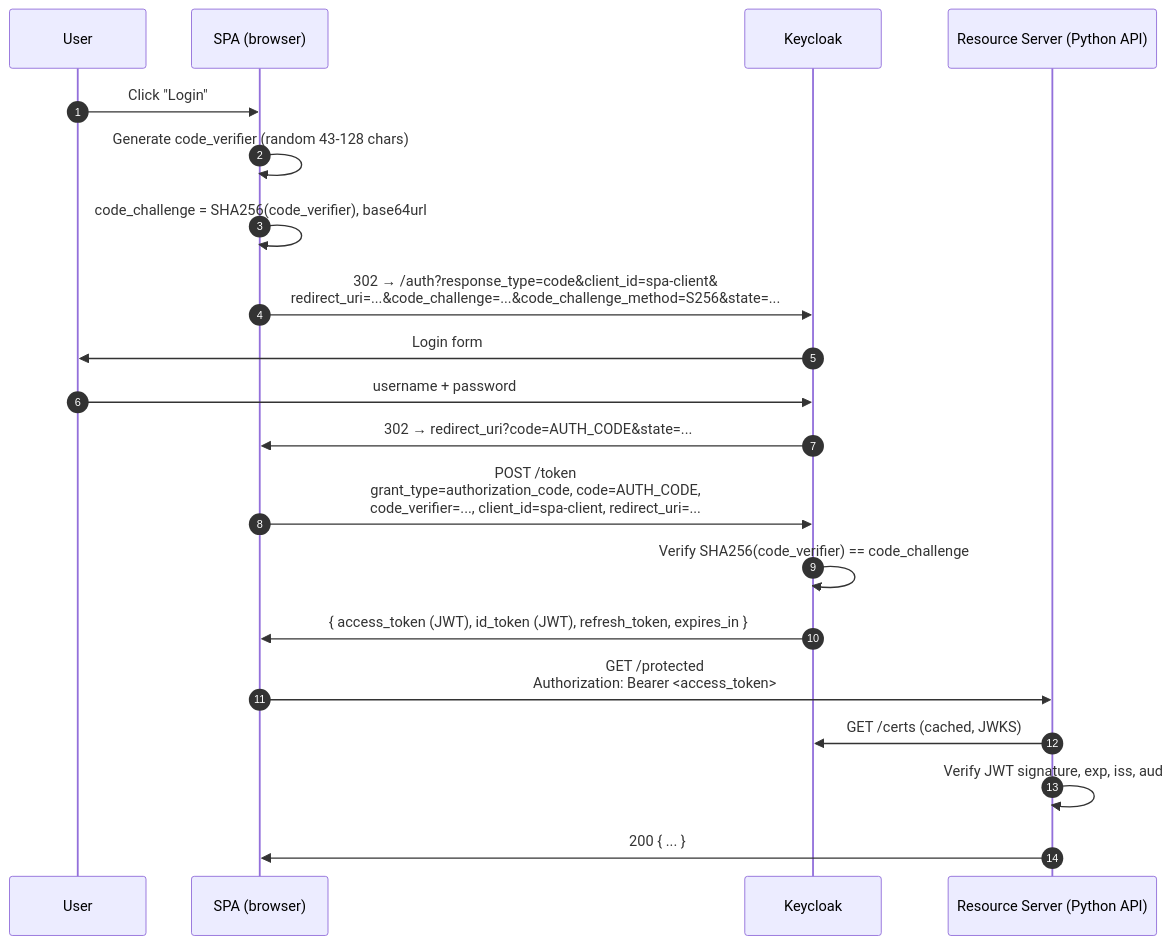
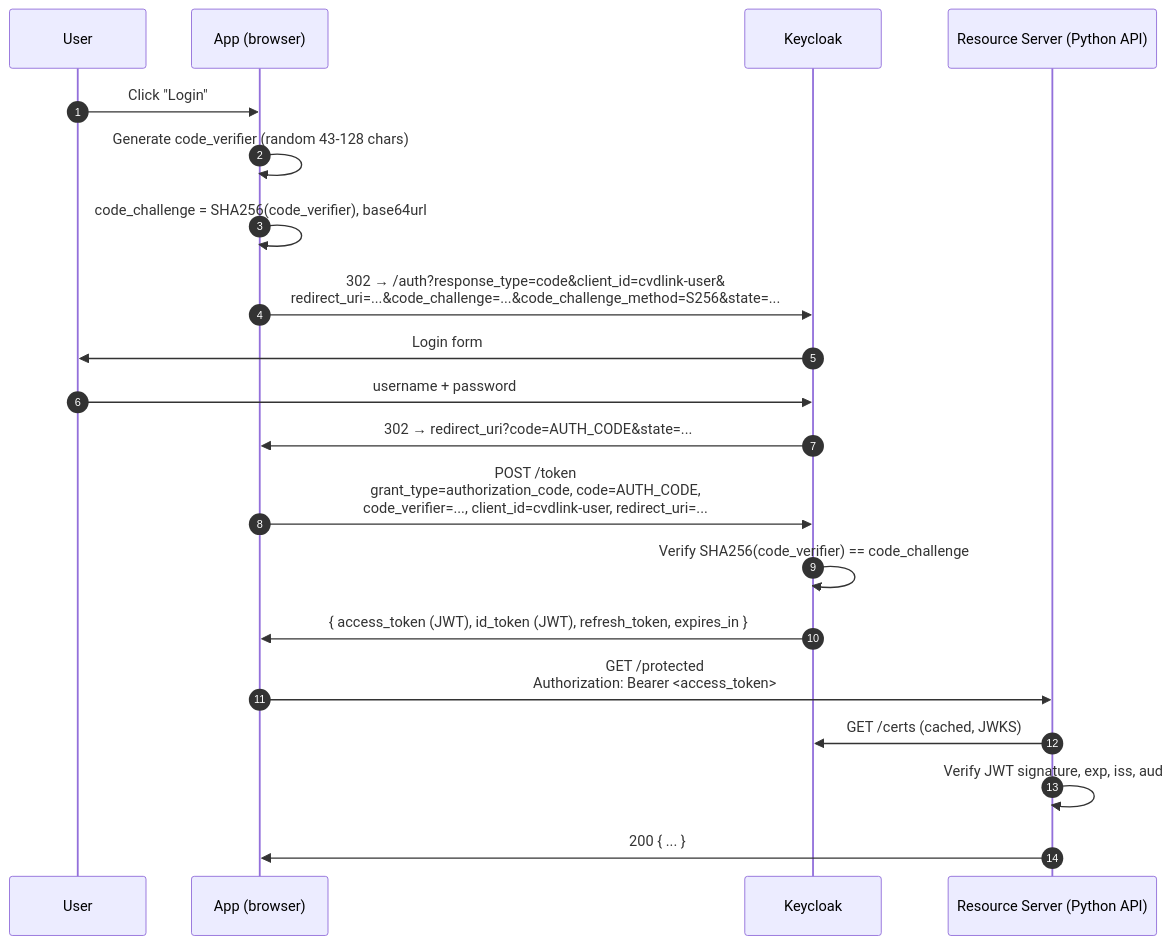
One commit to rytisss/keyclock_playground changed the first of 3 diagrams in docs/03-oidc-flow.md. Above: the diagram before and after it, drawn with Mermaid. The commit also changed other lines of this file and 19 other files, not shown here.

First line of the commit message:
Rename spa-client to cvdlink-user, drop SPA wording, recapture screenshots

````diff
--- a/docs/03-oidc-flow.md
+++ b/docs/03-oidc-flow.md
@@ -14,23 +14,23 @@
 ```mermaid
 sequenceDiagram
     autonumber
     participant U as User
-    participant SPA as SPA (browser)
+    participant App as App (browser)
     participant KC as Keycloak
     participant API as Resource Server (Python API)
 
-    U->>SPA: Click "Login"
-    SPA->>SPA: Generate code_verifier (random 43-128 chars)
-    SPA->>SPA: code_challenge = SHA256(code_verifier), base64url
-    SPA->>KC: 302 → /auth?response_type=code&client_id=spa-client&<br/>redirect_uri=...&code_challenge=...&code_challenge_method=S256&state=...
+    U->>App: Click "Login"
+    App->>App: Generate code_verifier (random 43-128 chars)
+    App->>App: code_challenge = SHA256(code_verifier), base64url
+    App->>KC: 302 → /auth?response_type=code&client_id=cvdlink-user&<br/>redirect_uri=...&code_challenge=...&code_challenge_method=S256&state=...
     KC->>U: Login form
     U->>KC: username + password
-    KC->>SPA: 302 → redirect_uri?code=AUTH_CODE&state=...
-    SPA->>KC: POST /token<br/>grant_type=authorization_code, code=AUTH_CODE,<br/>code_verifier=..., client_id=spa-client, redirect_uri=...
+    KC->>App: 302 → redirect_uri?code=AUTH_CODE&state=...
+    App->>KC: POST /token<br/>grant_type=authorization_code, code=AUTH_CODE,<br/>code_verifier=..., client_id=cvdlink-user, redirect_uri=...
     KC->>KC: Verify SHA256(code_verifier) == code_challenge
-    KC->>SPA: { access_token (JWT), id_token (JWT), refresh_token, expires_in }
-    SPA->>API: GET /protected<br/>Authorization: Bearer <access_token>
+    KC->>App: { access_token (JWT), id_token (JWT), refresh_token, expires_in }
+    App->>API: GET /protected<br/>Authorization: Bearer <access_token>
     API->>KC: GET /certs (cached, JWKS)
     API->>API: Verify JWT signature, exp, iss, aud
-    API->>SPA: 200 { ... }
+    API->>App: 200 { ... }
 ```
````
